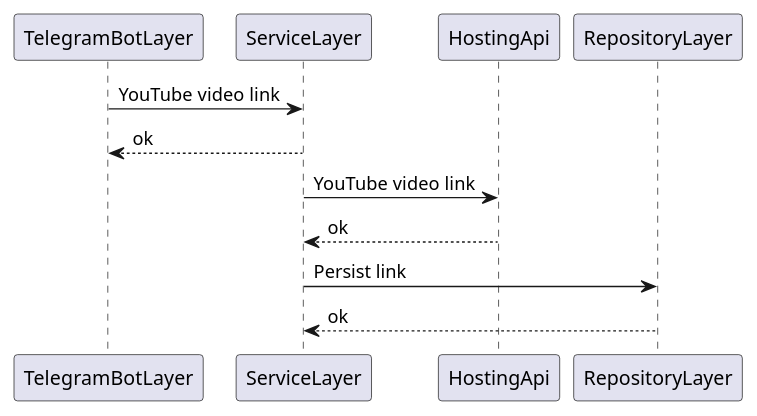
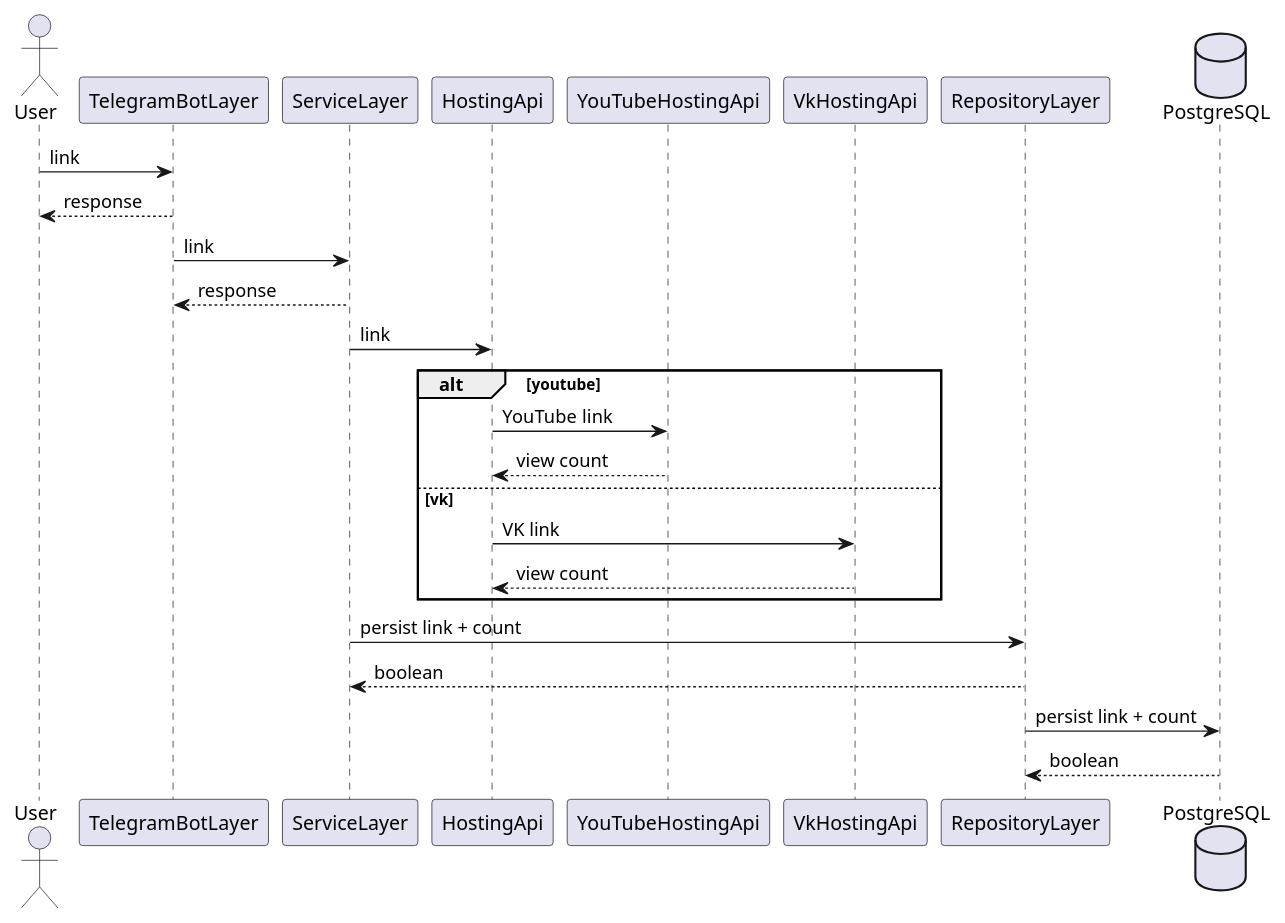
One commit to dfedorino/statflux changed the diagram in src/main/resources/architecture.puml. Above: the diagram before and after it, drawn with PlantUML.

Commit message:
extend architecture overview

```diff
--- a/src/main/resources/architecture.puml
+++ b/src/main/resources/architecture.puml
@@ -1,8 +1,25 @@
 @startuml
-TelegramBotLayer->ServiceLayer : YouTube video link
-return ok
-ServiceLayer->HostingApi : YouTube video link
-return ok
-ServiceLayer->RepositoryLayer : Persist link
-return ok
+actor User
+
+User -> TelegramBotLayer : link
+return response
+
+TelegramBotLayer -> ServiceLayer : link
+return response
+
+ServiceLayer -> HostingApi : link
+alt youtube
+    HostingApi -> YouTubeHostingApi: YouTube link
+    return view count
+else vk
+    HostingApi -> VkHostingApi: VK link
+    return view count
+end
+
+ServiceLayer -> RepositoryLayer : persist link + count
+return boolean
+
+database PostgreSQL
+RepositoryLayer -> PostgreSQL : persist link + count
+return boolean
 @enduml
```
